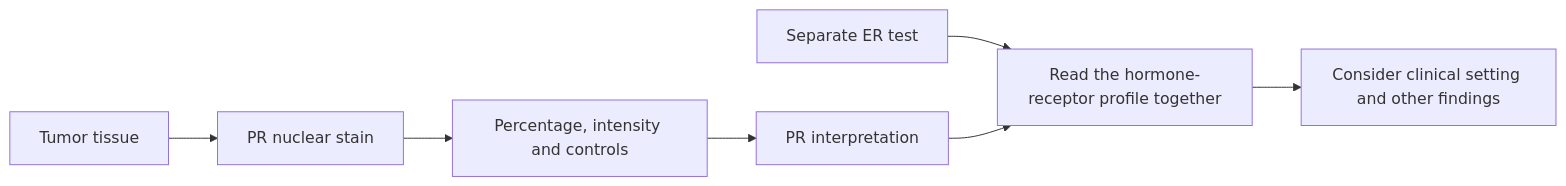
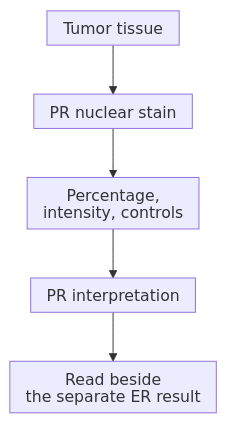
One commit to jasonLaster/oncoguide changed the diagram in wiki/education/concepts/breast-cancer/receptors-and-subtypes/progesterone-receptor.md. Above: the diagram before and after it, drawn with Mermaid. The commit also changed other lines of this file and 31 other files, not shown here.

````diff
--- a/wiki/education/concepts/breast-cancer/receptors-and-subtypes/progesterone-receptor.md
+++ b/wiki/education/concepts/breast-cancer/receptors-and-subtypes/progesterone-receptor.md
@@ -40,9 +40,8 @@
 ```mermaid
-flowchart LR
+%%{init: {"htmlLabels":false,"flowchart":{"htmlLabels":false,"padding":8,"nodeSpacing":25}}}%%
+flowchart TD
     A["Tumor tissue"] --> B["PR nuclear stain"]
-    B --> C["Percentage, intensity and controls"]
+    B --> C["Percentage,<br/>intensity, controls"]
     C --> D["PR interpretation"]
-    E["Separate ER test"] --> F["Read the hormone-receptor profile together"]
-    D --> F
-    F --> G["Consider clinical setting and other findings"]
+    D --> E["Read beside<br/>the separate ER result"]
 ```
````
